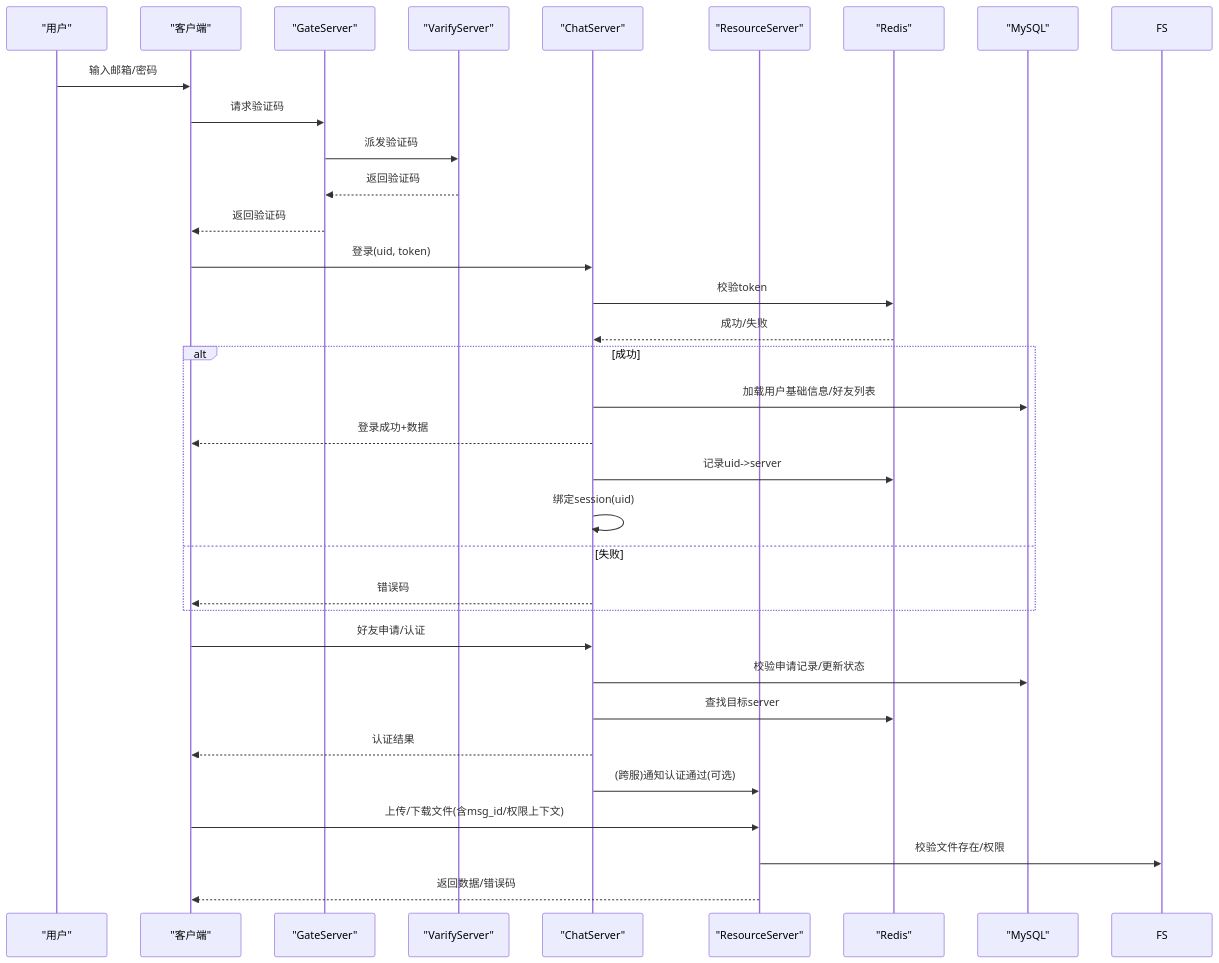
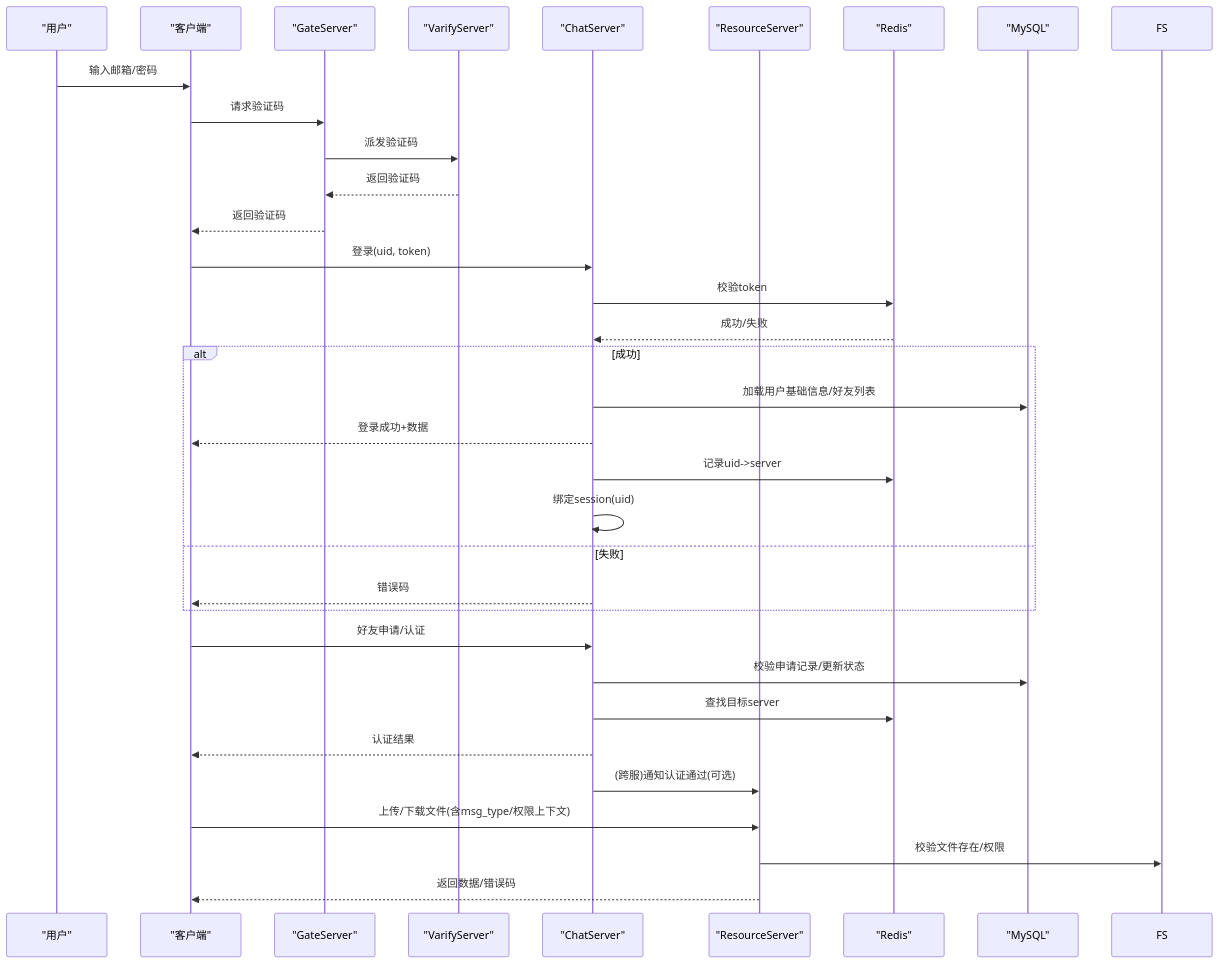
Before and after one commit to echo9923/mychatter: the second of 7 diagrams in .qoder/repowiki/zh/content/安全设计/权限控制系统.md, drawn with Mermaid. The commit also changed other lines of this file and 128 other files, not shown here.

````diff
--- a/.qoder/repowiki/zh/content/安全设计/权限控制系统.md
+++ b/.qoder/repowiki/zh/content/安全设计/权限控制系统.md
@@ -82,35 +82,35 @@
 ```mermaid
 sequenceDiagram
 participant U as "用户"
 participant C as "客户端"
 participant G as "GateServer"
 participant V as "VarifyServer"
 participant S as "ChatServer"
 participant R as "ResourceServer"
 participant RD as "Redis"
 participant DB as "MySQL"
 U->>C : 输入邮箱/密码
 C->>G : 请求验证码
 G->>V : 派发验证码
 V-->>G : 返回验证码
 G-->>C : 返回验证码
 C->>S : 登录(uid, token)
 S->>RD : 校验token
 RD-->>S : 成功/失败
 alt 成功
 S->>DB : 加载用户基础信息/好友列表
 S-->>C : 登录成功+数据
 S->>RD : 记录uid->server
 S->>S : 绑定session(uid)
 else 失败
 S-->>C : 错误码
 end
 C->>S : 好友申请/认证
 S->>DB : 校验申请记录/更新状态
 S->>RD : 查找目标server
 S-->>C : 认证结果
 S->>R : (跨服)通知认证通过(可选)
-C->>R : 上传/下载文件(含msg_id/权限上下文)
+C->>R : 上传/下载文件(含msg_type/权限上下文)
 R->>FS : 校验文件存在/权限
 R-->>C : 返回数据/错误码
 ```
````
